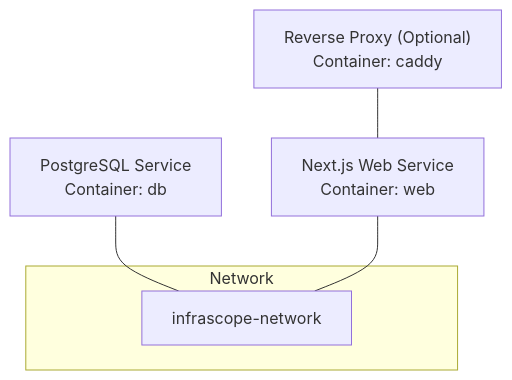
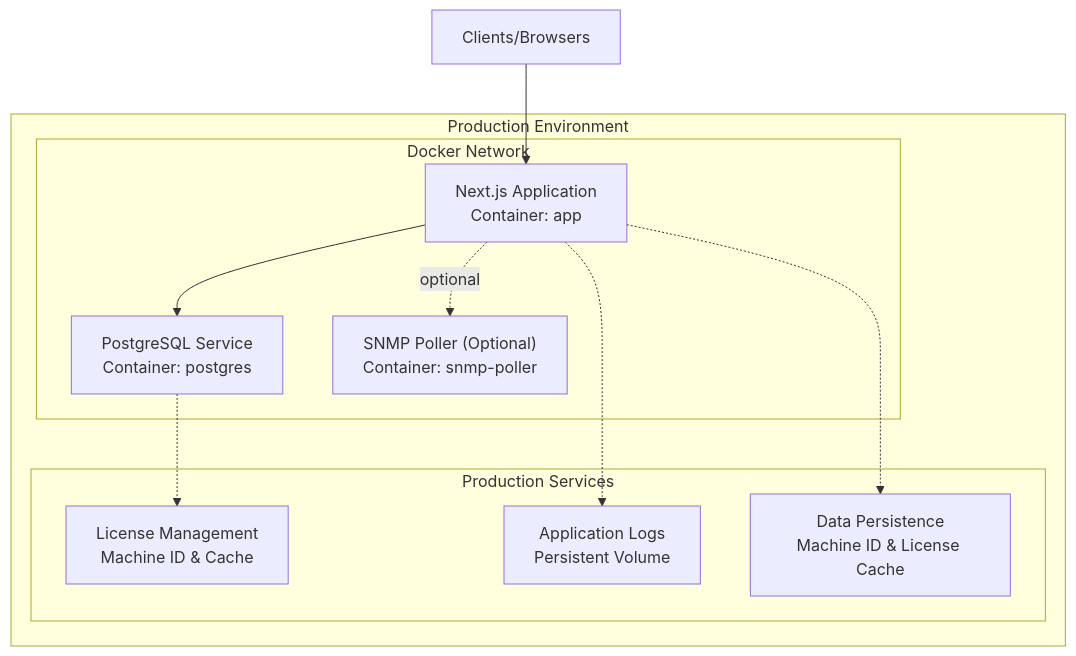
The second of 3 diagrams in .qoder/repowiki/en/content/Development & Deployment/Production Deployment.md (celebigilfatih/infrascope), drawn with Mermaid before and after one commit. The commit also changed other lines of this file and 12 other files, not shown here.

First line of the commit message:
feat(api): add authentication, license management, and enhanced security middleware

````diff
--- a/.qoder/repowiki/en/content/Development & Deployment/Production Deployment.md
+++ b/.qoder/repowiki/en/content/Development & Deployment/Production Deployment.md
@@ -36,12 +100,21 @@
 ```mermaid
 graph TB
-subgraph "Network"
-NET["infrascope-network"]
+subgraph "Production Environment"
+subgraph "Docker Network"
+DB["PostgreSQL Service<br/>Container: postgres"]
+APP["Next.js Application<br/>Container: app"]
+SNMP["SNMP Poller (Optional)<br/>Container: snmp-poller"]
 end
-DB["PostgreSQL Service<br/>Container: db"]
-WEB["Next.js Web Service<br/>Container: web"]
-CADDY["Reverse Proxy (Optional)<br/>Container: caddy"]
-DB --- NET
-WEB --- NET
-CADDY --- WEB
+subgraph "Production Services"
+LICENSE["License Management<br/>Machine ID & Cache"]
+LOGS["Application Logs<br/>Persistent Volume"]
+DATA["Data Persistence<br/>Machine ID & License Cache"]
+end
+end
+CLIENT["Clients/Browsers"] --> APP
+APP --> DB
+APP -. optional .-> SNMP
+DB -.-> LICENSE
+APP -.-> LOGS
+APP -.-> DATA
 ```
````
